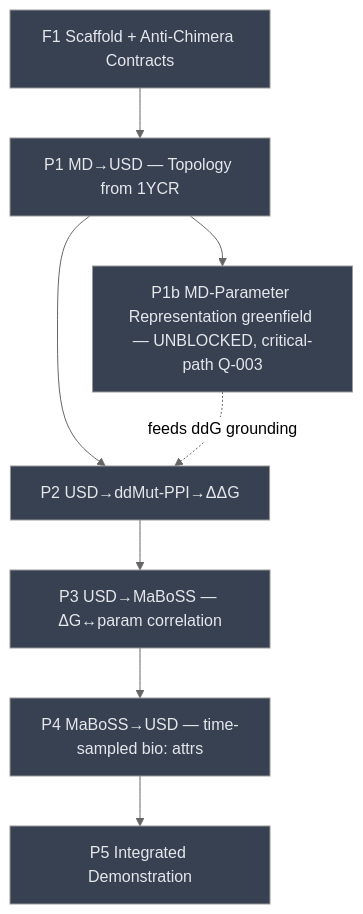
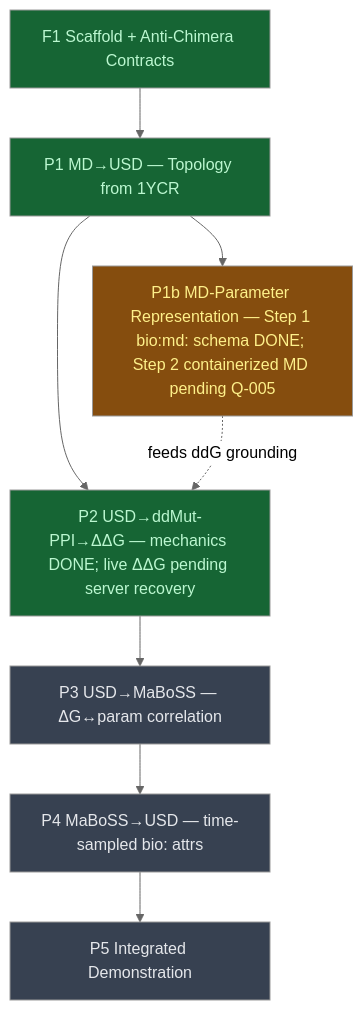
Before and after one commit to LittleCoinCoin/usd-bio: the diagram in __roadmap__/p53_mdm2/README.md, drawn with Mermaid (neutral theme). The commit also changed other lines of this file, not shown here.

First line of the commit message:
docs(p53-mdm2): refresh roadmap status after cycle-003

````diff
--- a/__roadmap__/p53_mdm2/README.md
+++ b/__roadmap__/p53_mdm2/README.md
@@ -31,22 +31,22 @@
 ```mermaid
 graph TD
-    f1_scaffold[F1 Scaffold + Anti-Chimera Contracts]:::planned
-    p1_topology[P1 MD→USD — Topology from 1YCR]:::planned
-    p1b_mdparams[P1b MD-Parameter Representation greenfield — UNBLOCKED, critical-path Q-003]:::planned
-    p2_ddg[P2 USD→ddMut-PPI→ΔΔG]:::planned
+    f1_scaffold[F1 Scaffold + Anti-Chimera Contracts]:::done
+    p1_topology[P1 MD→USD — Topology from 1YCR]:::done
+    p1b_mdparams[P1b MD-Parameter Representation — Step 1 bio:md: schema DONE; Step 2 containerized MD pending Q-005]:::inprogress
+    p2_ddg[P2 USD→ddMut-PPI→ΔΔG — mechanics DONE; live ΔΔG pending server recovery]:::done
     p3_maboss[P3 USD→MaBoSS — ΔG↔param correlation]:::planned
     p4_readback[P4 MaBoSS→USD — time-sampled bio: attrs]:::planned
     p5_demo[P5 Integrated Demonstration]:::planned
     f1_scaffold --> p1_topology
     p1_topology --> p1b_mdparams
     p1_topology --> p2_ddg
     p2_ddg --> p3_maboss
     p3_maboss --> p4_readback
     p4_readback --> p5_demo
     p1b_mdparams -.feeds ddG grounding.-> p2_ddg
     classDef done       fill:#166534,color:#bbf7d0
     classDef inprogress fill:#854d0e,color:#fef08a
     classDef planned    fill:#374151,color:#e5e7eb
     classDef amendment  fill:#1e3a5f,color:#bfdbfe
     classDef blocked    fill:#7f1d1d,color:#fecaca
 ```
````
